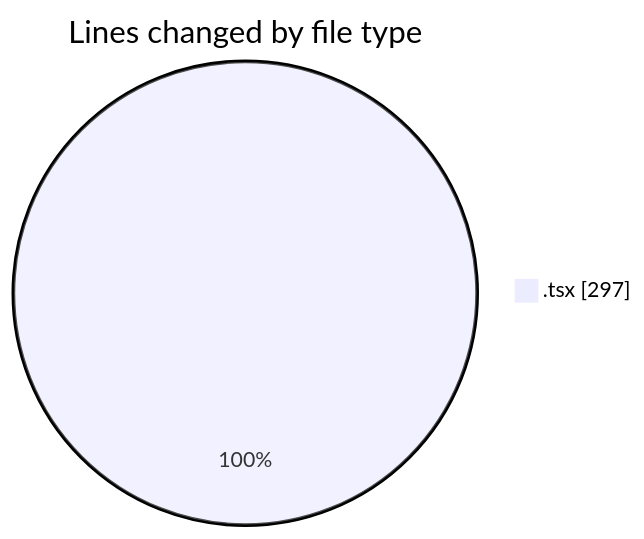
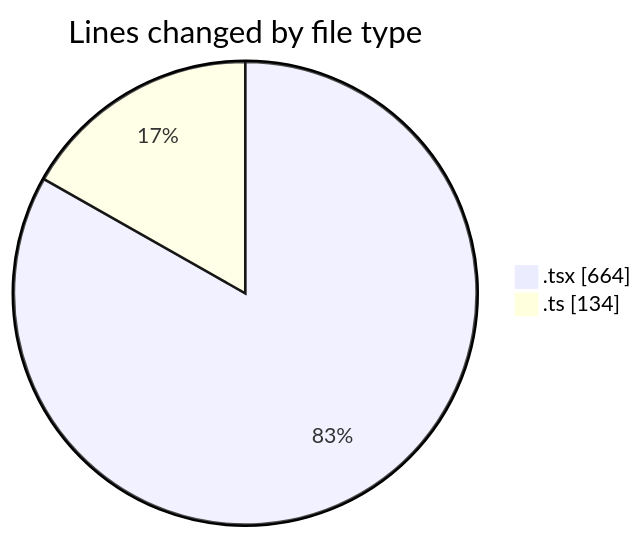
One commit to Elitesun/code-tracking changed the first of 2 diagrams in 2025-05-20/niten/README.md. Above: the diagram before and after it, drawn with Mermaid. The commit also changed other lines of this file and 1 other file, not shown here.

````diff
--- a/2025-05-20/niten/README.md
+++ b/2025-05-20/niten/README.md
@@ -21,5 +25,6 @@
 ```mermaid
 pie showData
 title Lines changed by file type
-".tsx" : 297
+".tsx" : 664
+".ts" : 134
 ```
````
